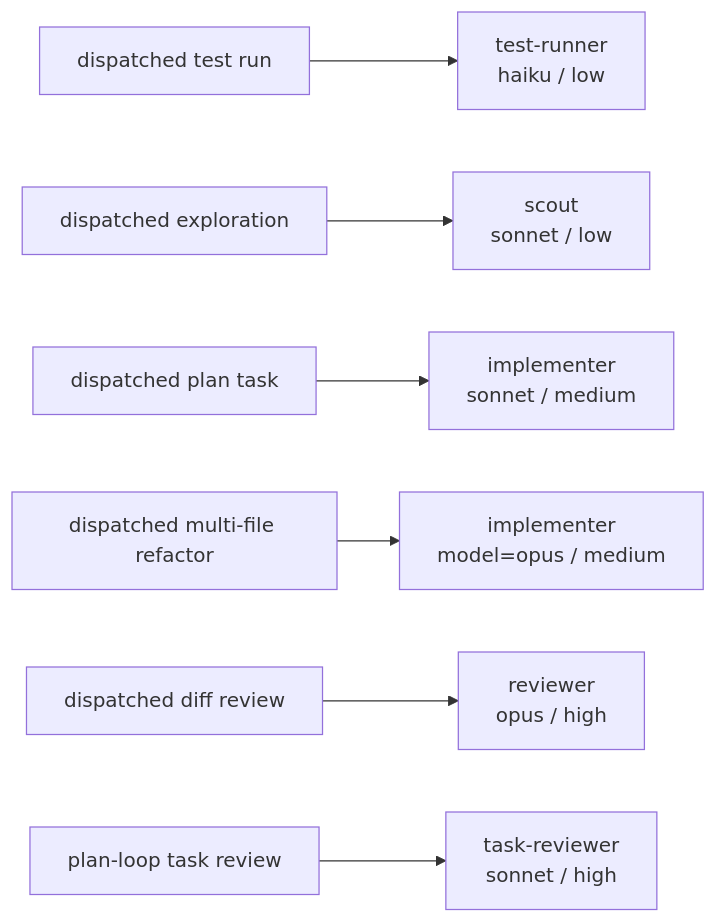
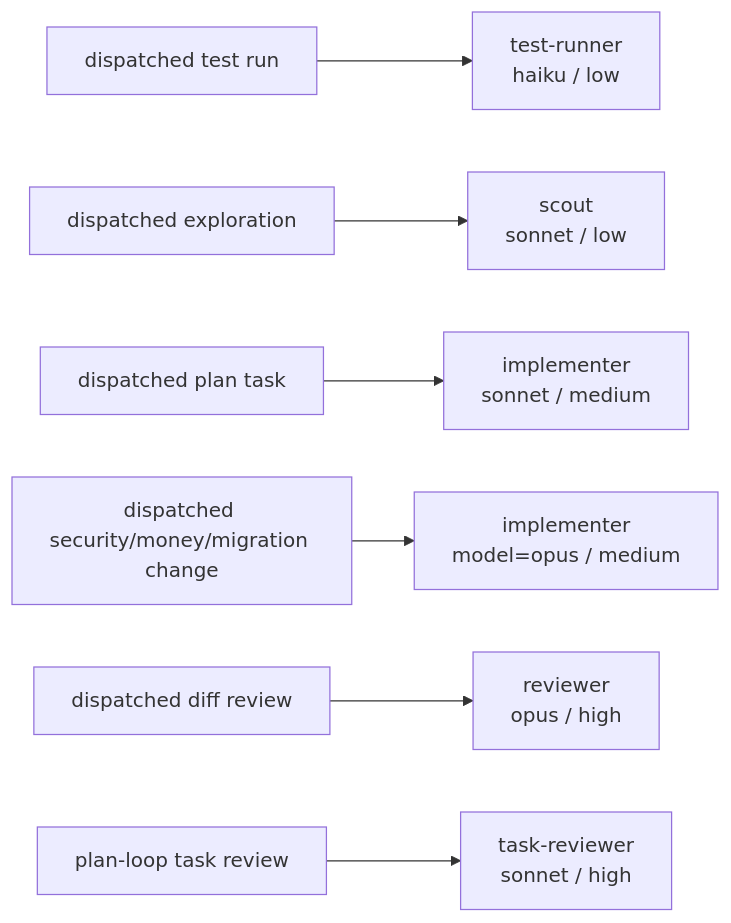
The third of 3 diagrams in README.md (AqueGen/model-routing), drawn with Mermaid before and after one commit. The commit also changed other lines of this file and 46 other files, not shown here.

First line of the commit message:
feat: keep multi-file implementer work on sonnet (#64)

````diff
--- a/README.md
+++ b/README.md
@@ -193,9 +193,9 @@
 ```mermaid
 flowchart LR
     A["dispatched test run"] --> TR["test-runner<br/>haiku / low"]
     B["dispatched exploration"] --> SC["scout<br/>sonnet / low"]
     C["dispatched plan task"] --> IM["implementer<br/>sonnet / medium"]
-    D["dispatched multi-file refactor"] --> IMO["implementer<br/>model=opus / medium"]
+    D["dispatched security/money/migration change"] --> IMO["implementer<br/>model=opus / medium"]
     E["dispatched diff review"] --> RV["reviewer<br/>opus / high"]
     G["plan-loop task review"] --> TRV["task-reviewer<br/>sonnet / high"]
 ```
````
